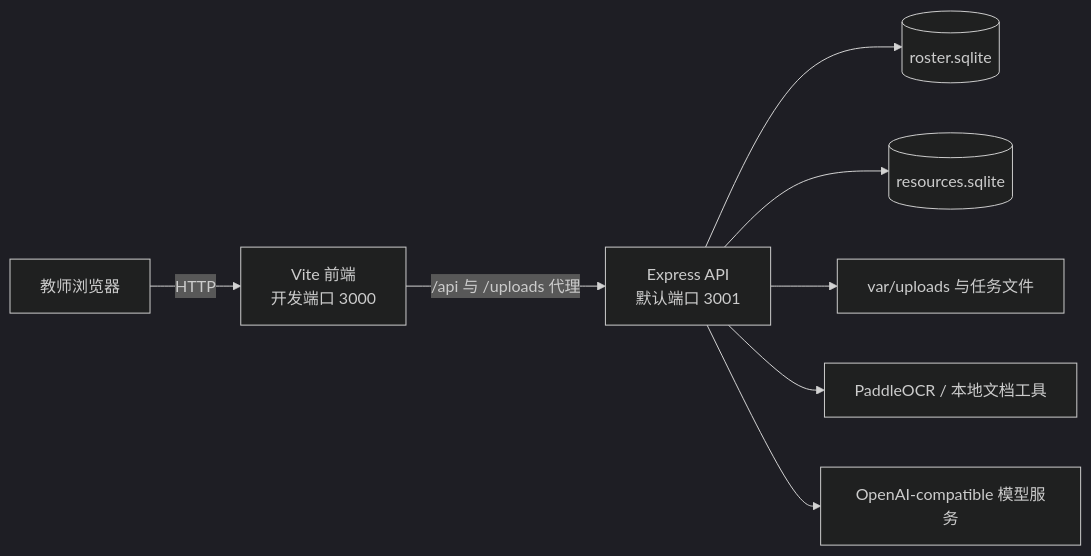
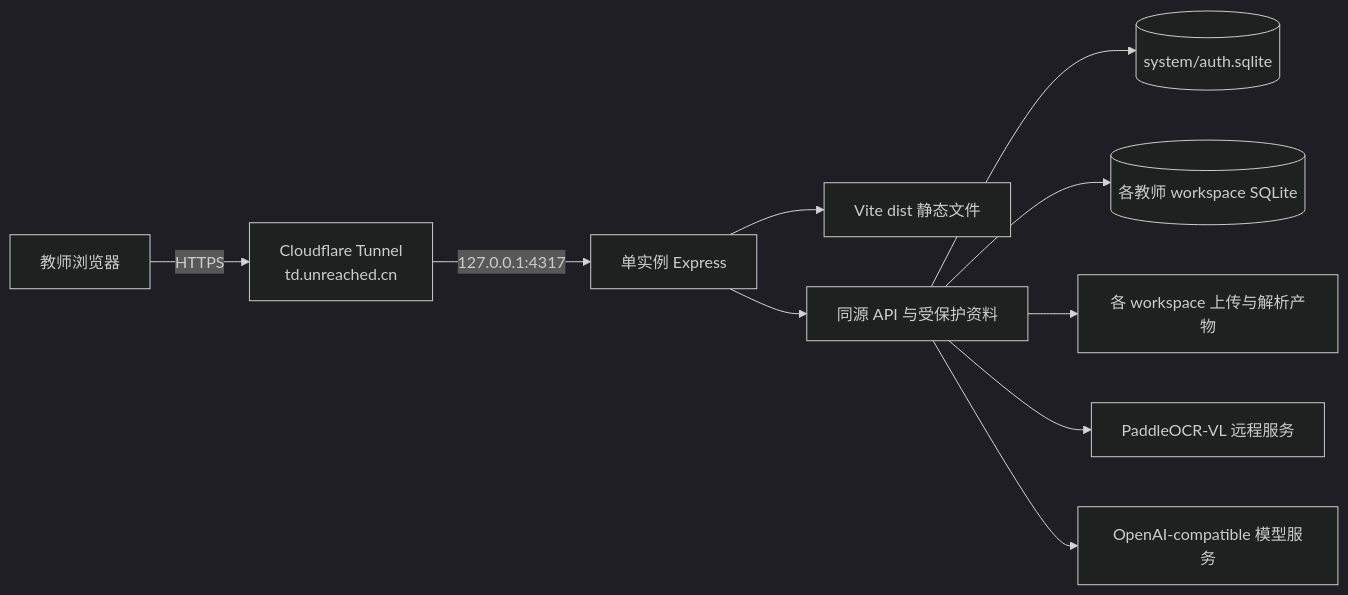
Before and after one commit to CXC0515/demo: the diagram in docs/PROJECT_HANDOFF.md, drawn with Mermaid (dark theme). The commit also changed other lines of this file and 3 other files, not shown here.

````diff
--- a/docs/PROJECT_HANDOFF.md
+++ b/docs/PROJECT_HANDOFF.md
@@ -33,10 +27,12 @@
 ```mermaid
 flowchart LR
-    U[教师浏览器] -->|HTTP| V[Vite 前端<br/>开发端口 3000]
-    V -->|/api 与 /uploads 代理| E[Express API<br/>默认端口 3001]
-    E --> R[(roster.sqlite)]
-    E --> K[(resources.sqlite)]
-    E --> F[var/uploads 与任务文件]
-    E --> O[PaddleOCR / 本地文档工具]
-    E --> M[OpenAI-compatible 模型服务]
+    U[教师浏览器] -->|HTTPS| C[Cloudflare Tunnel<br/>td.unreached.cn]
+    C -->|127.0.0.1:4317| E[单实例 Express]
+    E --> V[Vite dist 静态文件]
+    E --> A[同源 API 与受保护资料]
+    A --> S[(system/auth.sqlite)]
+    A --> W[(各教师 workspace SQLite)]
+    A --> F[各 workspace 上传与解析产物]
+    A --> P[PaddleOCR-VL 远程服务]
+    A --> M[OpenAI-compatible 模型服务]
 ```
````
